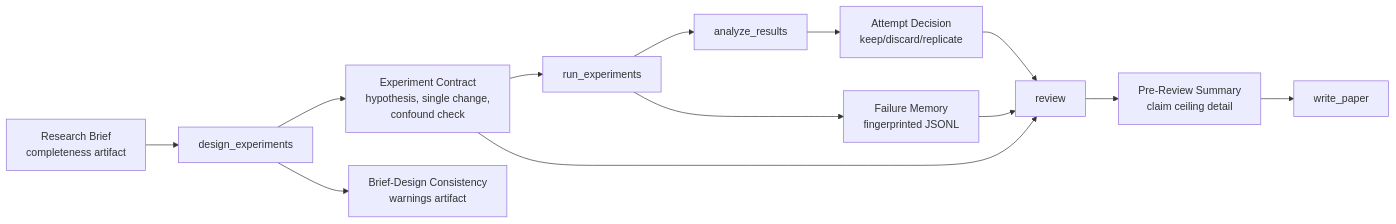
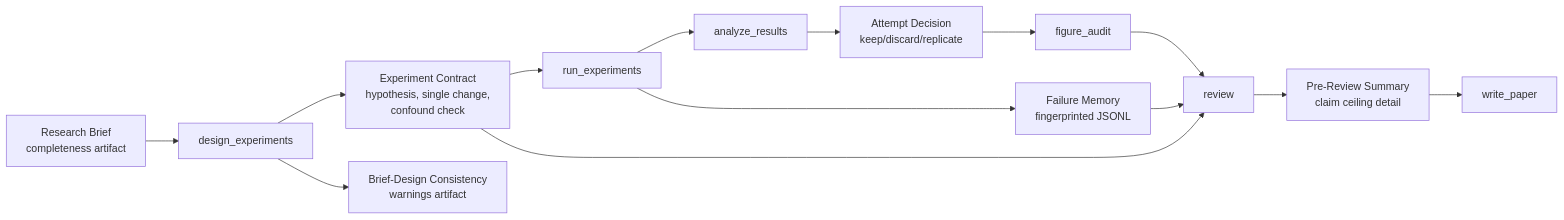
One commit to lhy0718/AutoResearch changed the second of 3 diagrams in README.md. Above: the diagram before and after it, drawn with Mermaid. The commit also changed other lines of this file and 9 other files, not shown here.

````diff
--- a/README.md
+++ b/README.md
@@ -321,15 +471,16 @@
 ```mermaid
 flowchart LR
     Brief["Research Brief<br/>completeness artifact"] --> Design["design_experiments"]
     Design --> Contract["Experiment Contract<br/>hypothesis, single change,<br/>confound check"]
     Design --> Consistency["Brief-Design Consistency<br/>warnings artifact"]
     Contract --> Run["run_experiments"]
     Run --> Failures["Failure Memory<br/>fingerprinted JSONL"]
     Run --> Analyze["analyze_results"]
     Analyze --> Decision["Attempt Decision<br/>keep/discard/replicate"]
-    Decision --> Review["review"]
+    Decision --> FigureAudit["figure_audit"]
+    FigureAudit --> Review["review"]
     Failures --> Review
     Contract --> Review
     Review --> Ceiling["Pre-Review Summary<br/>claim ceiling detail"]
     Ceiling --> Paper["write_paper"]
 ```
````
